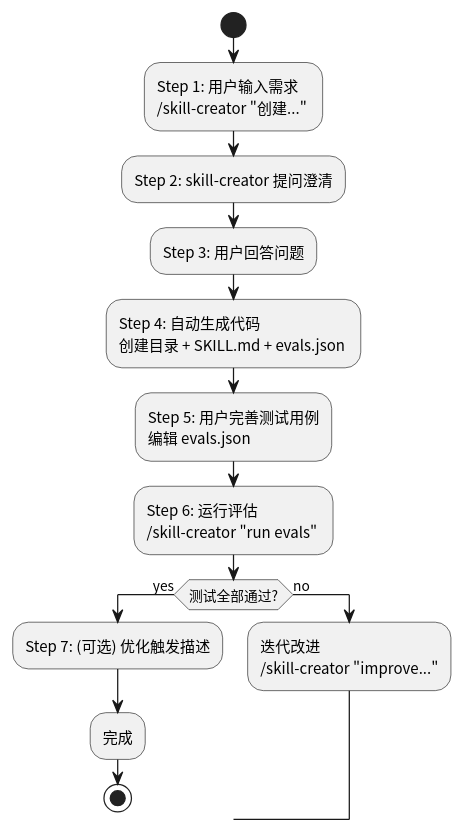
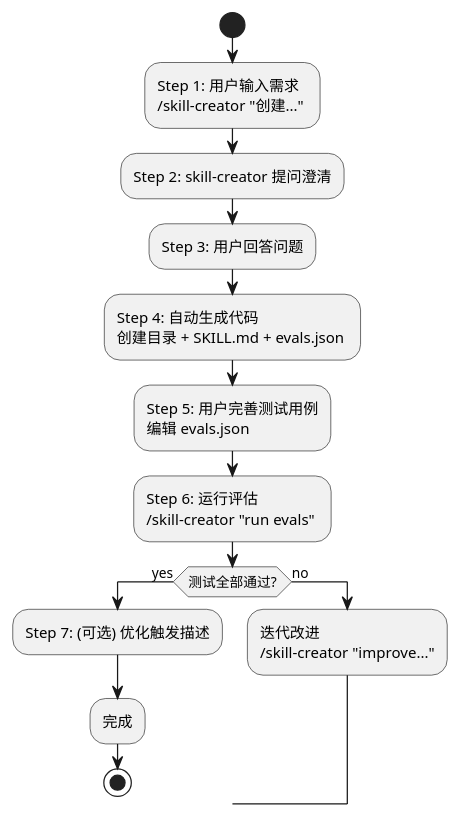
One commit to syllr/ainote changed the first of 2 diagrams in 02-Learning/claude/skill-creator.md. Above: the diagram before and after it, drawn with PlantUML.

Commit message:
删除无效的字体设置

````diff
--- a/02-Learning/claude/skill-creator.md
+++ b/02-Learning/claude/skill-creator.md
@@ -81,30 +81,27 @@
 ```plantuml
 @startuml
-skinparam linetype ortho
-skinparam shadowing false
-skinparam defaultFontName "PingFang SC,Microsoft YaHei,Noto Sans CJK SC,sans-serif"
 
 start
 :Step 1: 用户输入需求\n/skill-creator "创建..." ;
 
 :Step 2: skill-creator 提问澄清;
 
 :Step 3: 用户回答问题;
 
 :Step 4: 自动生成代码\n创建目录 + SKILL.md + evals.json ;
 
 :Step 5: 用户完善测试用例\n编辑 evals.json ;
 
 :Step 6: 运行评估\n/skill-creator "run evals" ;
 
 if (测试全部通过?) then (yes)
   :Step 7: (可选) 优化触发描述;
   :完成;
   stop
 else (no)
   :迭代改进\n/skill-creator "improve...";
   -> Step 6;
 endif
 
 @enduml
 ```
````
